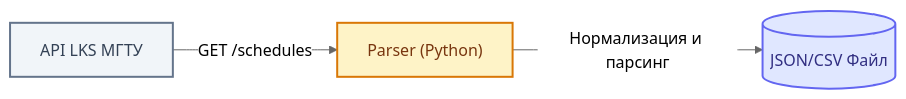
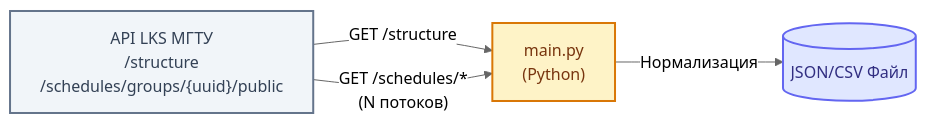
One commit to Digital-SGN/ScheduleParser changed the diagram in README.md. Above: the diagram before and after it, drawn with Mermaid (neutral theme). The commit also changed other lines of this file, not shown here.

````diff
--- a/README.md
+++ b/README.md
@@ -43,17 +101,18 @@
 ```mermaid
 flowchart LR
-    LKS["API LKS МГТУ"]
-    Parser["Parser (Python)"]
+    LKS["API LKS МГТУ<br/>/structure<br/>/schedules/groups/{uuid}/public"]
+    Parser["main.py<br/>(Python)"]
     File[("JSON/CSV Файл")]
 
-    LKS -->|"GET /schedules"| Parser
-    Parser -->|"Нормализация и парсинг"| File
-    
+    LKS -->|"GET /structure"| Parser
+    LKS -->|"GET /schedules/*<br/>(N потоков)"| Parser
+    Parser -->|"Нормализация"| File
+
     classDef api fill:#f1f5f9,stroke:#64748b,stroke-width:2px,color:#334155;
     classDef parser fill:#fef3c7,stroke:#d97706,stroke-width:2px,color:#78350f;
     classDef db fill:#e0e7ff,stroke:#6366f1,stroke-width:2px,color:#312e81;
-    
+
     class LKS api;
     class Parser parser;
     class File db;
 ```
````
